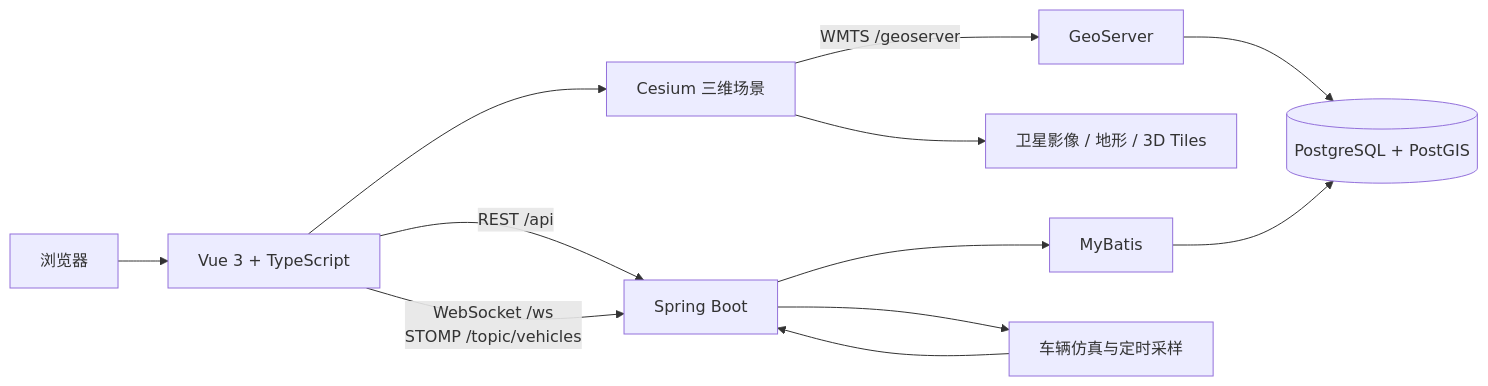
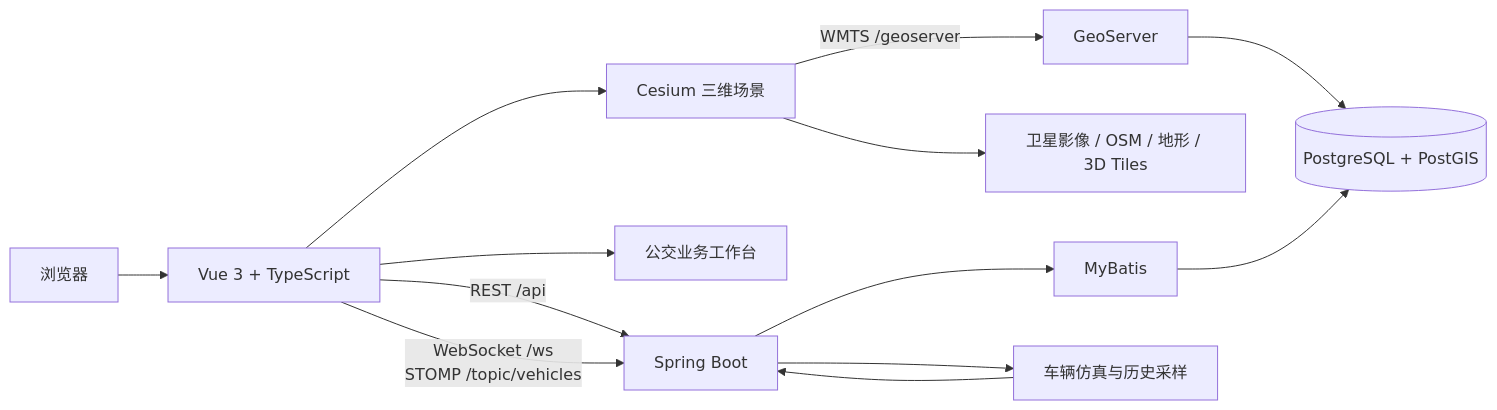
The diagram in README.md (JY-GIS/smart-transit-webgis), drawn with Mermaid before and after one commit. The commit also changed other lines of this file and 18 other files, not shown here.

````diff
--- a/README.md
+++ b/README.md
@@ -73,17 +93,18 @@
 ```mermaid
 flowchart LR
     Browser[浏览器] --> Vue[Vue 3 + TypeScript]
     Vue --> Cesium[Cesium 三维场景]
+    Vue --> Workbench[公交业务工作台]
 
     Vue -->|REST /api| Backend[Spring Boot]
-    Vue -->|WebSocket /ws\nSTOMP /topic/vehicles| Backend
+    Vue -->|WebSocket /ws<br/>STOMP /topic/vehicles| Backend
     Backend --> MyBatis[MyBatis]
     MyBatis --> PostGIS[(PostgreSQL + PostGIS)]
 
     Cesium -->|WMTS /geoserver| GeoServer[GeoServer]
     GeoServer --> PostGIS
-    Cesium --> External[卫星影像 / 地形 / 3D Tiles]
+    Cesium --> External[卫星影像 / OSM / 地形 / 3D Tiles]
 
-    Backend --> Simulator[车辆仿真与定时采样]
+    Backend --> Simulator[车辆仿真与历史采样]
     Simulator --> Backend
 ```
````
